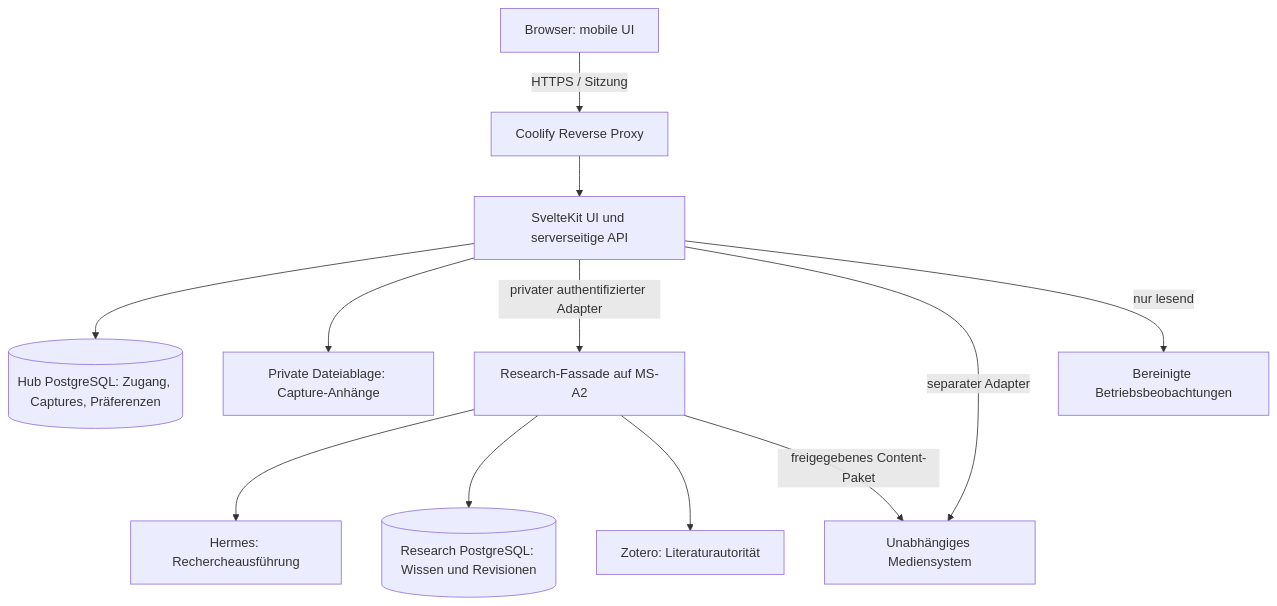
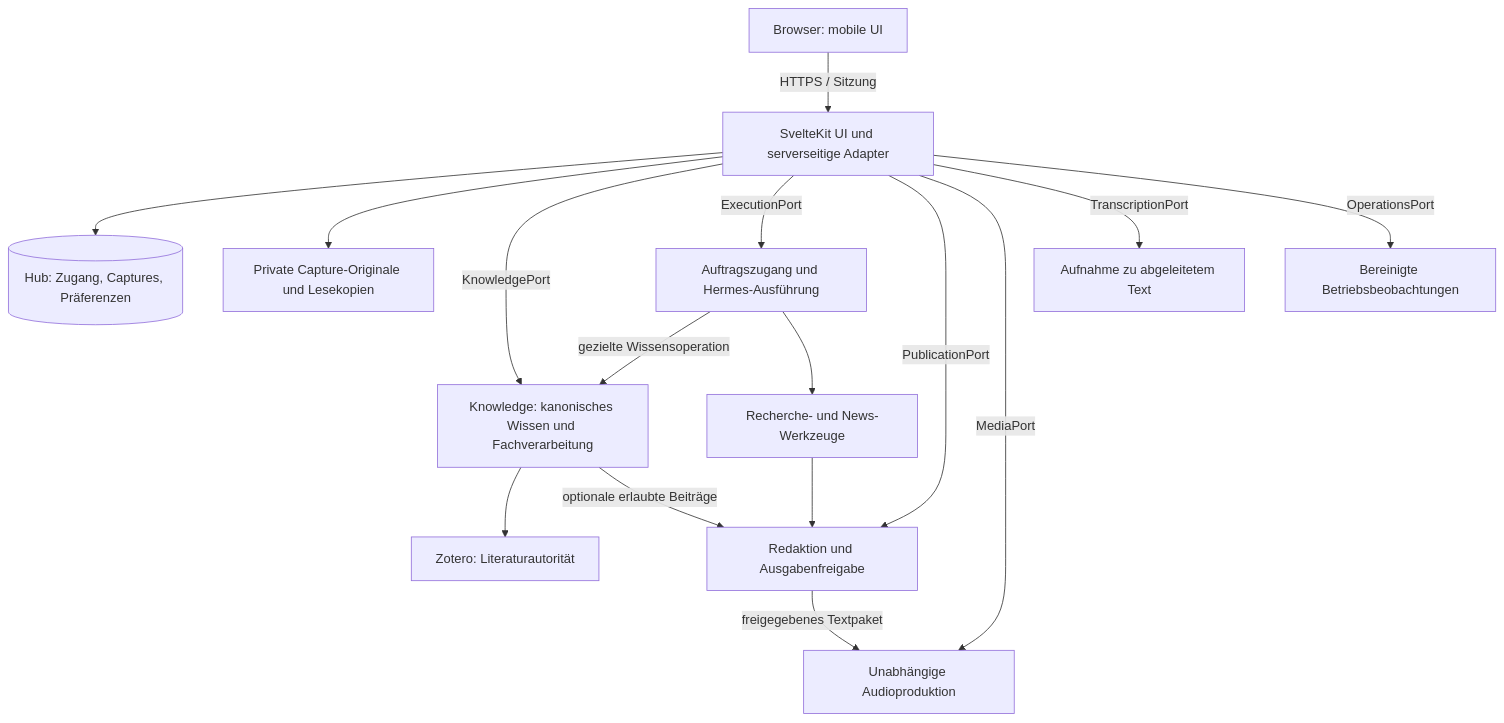
One commit to dweigend/server-dashboard changed the diagram in docs/architecture.md. Above: the diagram before and after it, drawn with Mermaid. The commit also changed other lines of this file and 16 other files, not shown here.

Commit message:
docs: 📝 Separate knowledge, execution and publication ownership

````diff
--- a/docs/architecture.md
+++ b/docs/architecture.md
@@ -14,14 +17,18 @@
 ```mermaid
 flowchart TD
-    Browser[Browser: mobile UI] -->|HTTPS / Sitzung| Proxy[Coolify Reverse Proxy]
-    Proxy --> Hub[SvelteKit UI und serverseitige API]
-    Hub --> HubDB[(Hub PostgreSQL: Zugang, Captures, Präferenzen)]
-    Hub --> Files[Private Dateiablage: Capture-Anhänge]
-    Hub -->|privater authentifizierter Adapter| Research[Research-Fassade auf MS-A2]
-    Research --> Hermes[Hermes: Rechercheausführung]
-    Research --> Knowledge[(Research PostgreSQL: Wissen und Revisionen)]
-    Research --> Zotero[Zotero: Literaturautorität]
-    Hub -->|separater Adapter| Media[Unabhängiges Mediensystem]
-    Research -->|freigegebenes Content-Paket| Media
-    Hub -->|nur lesend| Operations[Bereinigte Betriebsbeobachtungen]
+    Browser[Browser: mobile UI] -->|HTTPS / Sitzung| Hub[SvelteKit UI und serverseitige Adapter]
+    Hub --> HubDB[(Hub: Zugang, Captures, Präferenzen)]
+    Hub --> Files[Private Capture-Originale und Lesekopien]
+    Hub -->|KnowledgePort| Knowledge[Knowledge: kanonisches Wissen und Fachverarbeitung]
+    Hub -->|ExecutionPort| Execution[Auftragszugang und Hermes-Ausführung]
+    Execution -->|gezielte Wissensoperation| Knowledge
+    Knowledge --> Zotero[Zotero: Literaturautorität]
+    Execution --> Discovery[Recherche- und News-Werkzeuge]
+    Hub -->|PublicationPort| Publication[Redaktion und Ausgabenfreigabe]
+    Discovery --> Publication
+    Knowledge -->|optionale erlaubte Beiträge| Publication
+    Publication -->|freigegebenes Textpaket| Media[Unabhängige Audioproduktion]
+    Hub -->|MediaPort| Media
+    Hub -->|TranscriptionPort| Transcript[Aufnahme zu abgeleitetem Text]
+    Hub -->|OperationsPort| Operations[Bereinigte Betriebsbeobachtungen]
 ```
````
